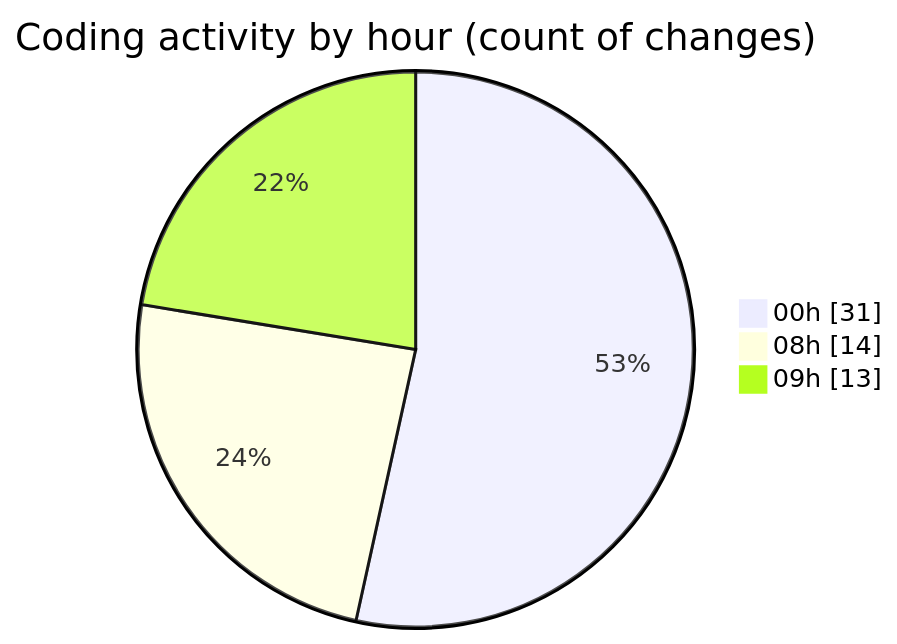
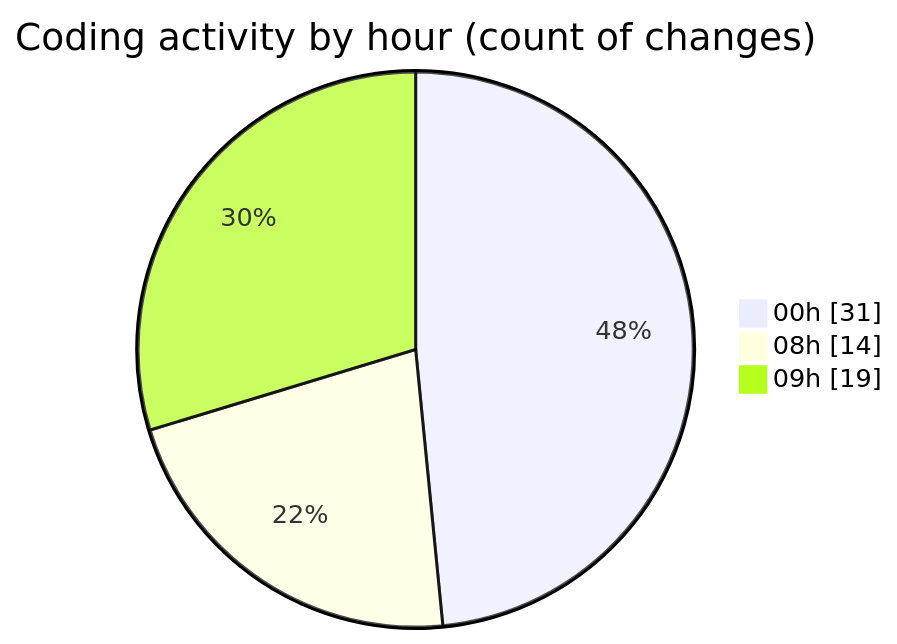
Before and after one commit to lephambinh05/code-tracking: the second of 2 diagrams in 2025-08-03/studybuddy/README.md, drawn with Mermaid. The commit also changed other lines of this file and 1 other file, not shown here.

````diff
--- a/2025-08-03/studybuddy/README.md
+++ b/2025-08-03/studybuddy/README.md
@@ -58,7 +60,7 @@
 ```mermaid
 pie showData
 title Coding activity by hour (count of changes)
 "00h" : 31
 "08h" : 14
-"09h" : 13
+"09h" : 19
 ```
````
